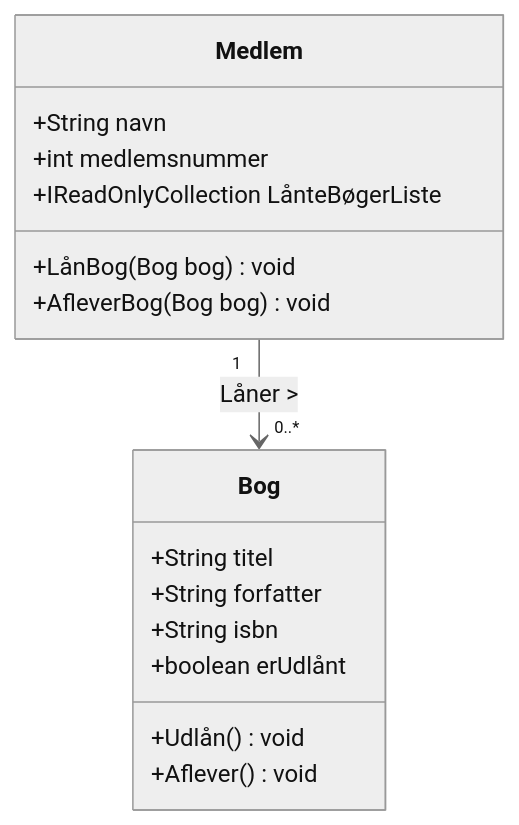
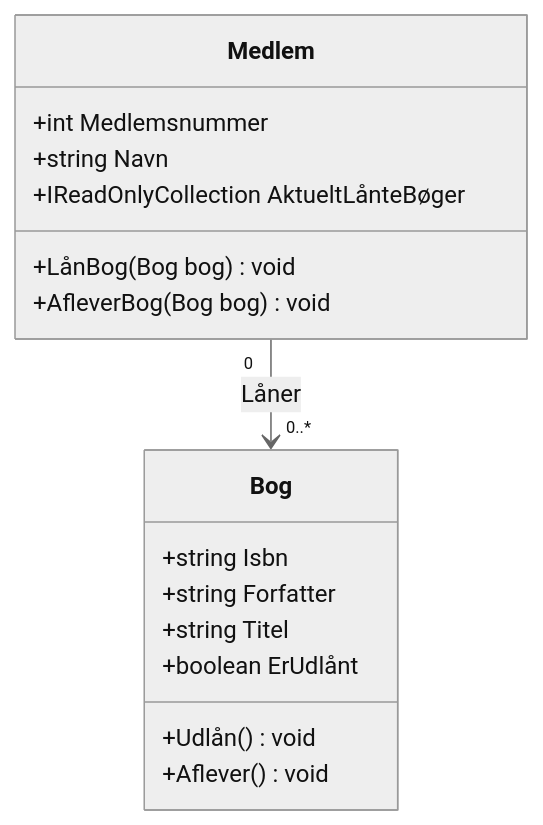
Before and after one commit to kbr-ucl/DMU-2-Semester-Programmering: the diagram in Opgaver/OOP/Det-Lille-Bibliotek/OOA-Loesningsforslag.md, drawn with Mermaid (neutral theme). The commit also changed other lines of this file and 4 other files, not shown here.

````diff
--- a/Opgaver/OOP/Det-Lille-Bibliotek/OOA-Loesningsforslag.md
+++ b/Opgaver/OOP/Det-Lille-Bibliotek/OOA-Loesningsforslag.md
@@ -72,25 +72,25 @@
 ```mermaid
 classDiagram
     %% Definition af klassen Bog
     class Bog {
-        +String titel
-        +String forfatter
-        +String isbn
-        +boolean erUdlånt
+        +string Isbn
+        +string Forfatter
+        +string Titel
+        +boolean ErUdlånt
         +Udlån() void
         +Aflever() void
     }
 
     %% Definition af klassen Medlem
     class Medlem {
-        +String navn
-        +int medlemsnummer
-        +IReadOnlyCollection<Bog> LånteBøgerListe
+        +int Medlemsnummer
+        +string Navn
+        +IReadOnlyCollection<Bog> AktueltLånteBøger
         +LånBog(Bog bog) void
         +AfleverBog(Bog bog) void
     }
 
     %% Relationen mellem klasserne
     %% Et medlem kan låne 0 eller flere bøger
-    Medlem "1" --> "0..*" Bog : Låner >
+    Medlem "0" --> "0..*" Bog : Låner
 ```
````
